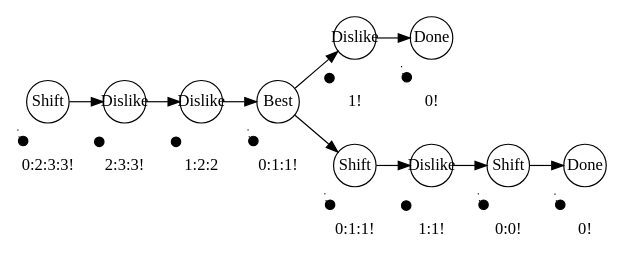
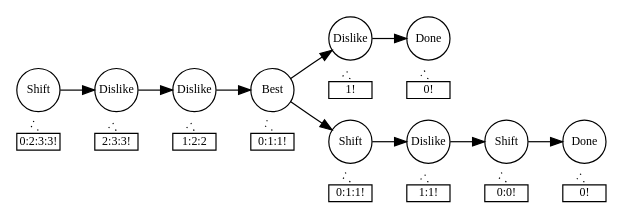
The diagram in FunctionalIncrementalParsing/progress.dot (jyp/topics), drawn with Graphviz before and after one commit. The commit also changed 2 other files, not shown here.

```diff
--- a/FunctionalIncrementalParsing/progress.dot
+++ b/FunctionalIncrementalParsing/progress.dot
@@ -1,57 +1,57 @@
 
 
 digraph progress {
 rankdir=LR;
 ranksep=0.4;
 size=5;
-node [shape=circle,fixedsize = true, width = 0.5];
+node [fontsize=10,shape=circle,fixedsize = true, width = 0.5];
 c0 [label = "Shift"];
 c1 [label = "Dislike"];
 c2 [label = "Dislike"];
 c3 [label = "Best"];
 c4a [label = "Dislike"];
 c5a [label = "Done"];
 c4b [label = "Shift"];
 c5b [label = "Dislike"];
 c6b [label = "Shift"];
 c7b [label = "Done"];
 c0 -> c1 -> c2 -> c3 -> c4a -> c5a;
                   c3 -> c4b -> c5b -> c6b -> c7b;
 
 // Progress info
-node [shape = plaintext]
-edge [minlen=0,style=dotted,arrowtail=none,headport=nw,arrowhead=none]
+node [shape = rectangle,height=0.2]
+edge [minlen=0,style=dotted,arrowtail=none,headport=n,tailport=s,arrowhead=none]
 
 
 p5a [label = "0!"];
 c5a -> p5a;
 
 p4a [label = "1!"];
 c4a -> p4a;
 
 p7b [label = "0!"];
 c7b -> p7b
 
 p6b [label = "0:0!"];
 c6b -> p6b
 
 p5b [label = "1:1!"];
 c5b -> p5b
 
 p4b [label = "0:1:1!"];
 c4b -> p4b
 
 p3 [label = "0:1:1!"];
 c3 -> p3;
 
 p2 [label = "1:2:2"];
 c2 -> p2;
 
 p1 [label = "2:3:3!"];
 c1 -> p1;
 
 p0 [label = "0:2:3:3!"];
 c0 -> p0;
 
 
 }
```
